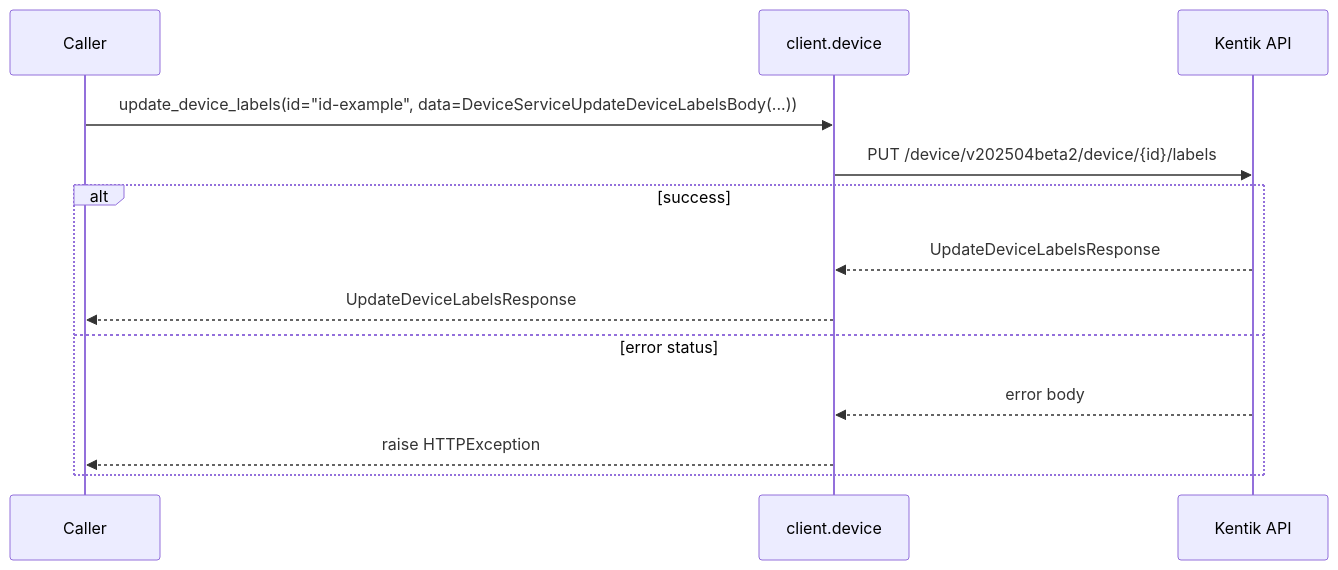
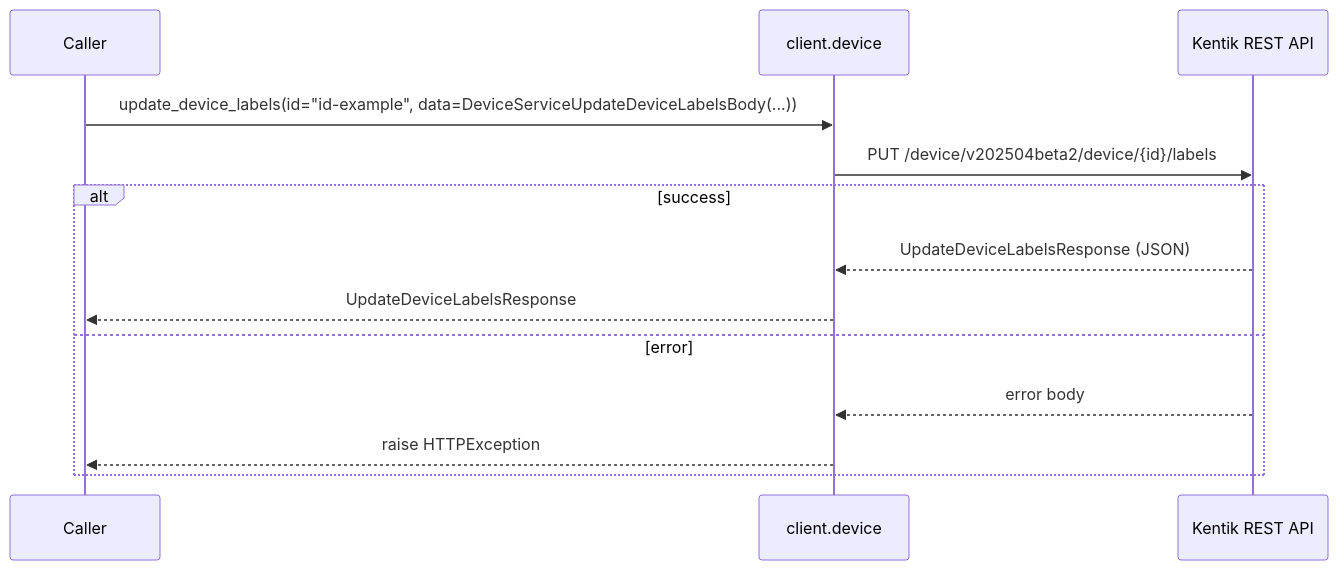
Diagram 20 of 22 in docs/sphinx/services/device.md (alexdearaujo/community_sdk_python), drawn with Mermaid before and after one commit. The commit also changed other lines of this file and 61 other files, not shown here.

````diff
--- a/docs/sphinx/services/device.md
+++ b/docs/sphinx/services/device.md
@@ -486,16 +713,16 @@
 ```mermaid
 sequenceDiagram
     participant C as Caller
     participant W as client.device
-    participant API as Kentik API
+    participant API as Kentik REST API
 
     C->>W: update_device_labels(id="id-example", data=DeviceServiceUpdateDeviceLabelsBody(...))
     W->>API: PUT /device/v202504beta2/device/{id}/labels
     alt success
-        API-->>W: UpdateDeviceLabelsResponse
+        API-->>W: UpdateDeviceLabelsResponse (JSON)
         W-->>C: UpdateDeviceLabelsResponse
-    else error status
+    else error
         API-->>W: error body
         W-->>C: raise HTTPException
     end
 ```
````
